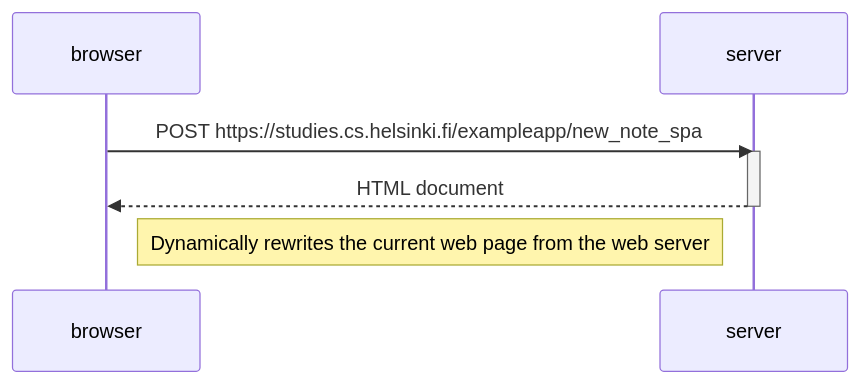
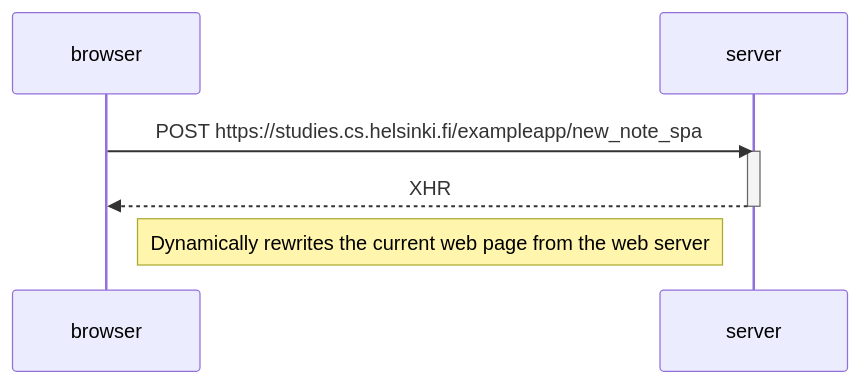
The diagram in 0.6.md (cnguyen34/fullstackpart0), drawn with Mermaid before and after one commit.

````diff
--- a/0.6.md
+++ b/0.6.md
@@ -1,12 +1,12 @@
 ```mermaid
 sequenceDiagram
     participant browser
     participant server
 
     browser->>server: POST https://studies.cs.helsinki.fi/exampleapp/new_note_spa
     activate server
-    server-->>browser: HTML document
+    server-->>browser: XHR 
     deactivate server
     
     Note right of browser: Dynamically rewrites the current web page from the web server
 ```
````
